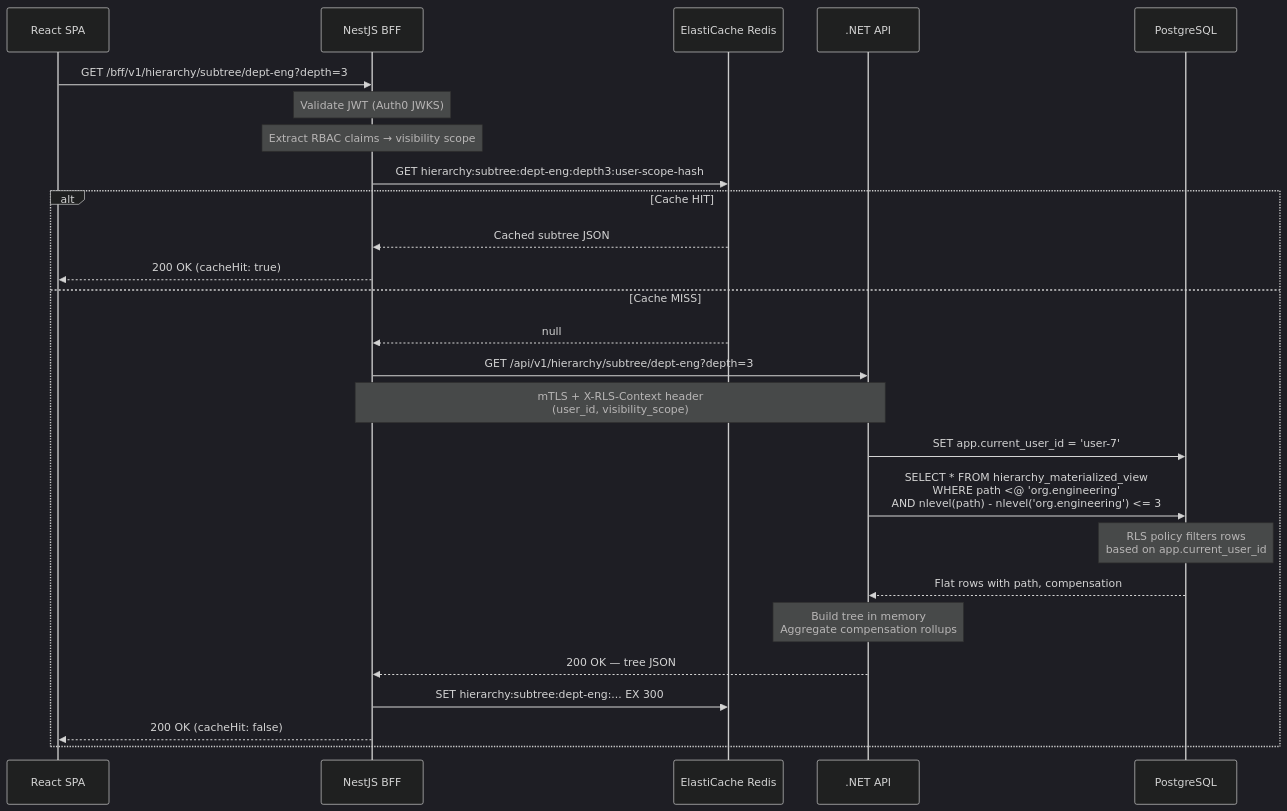
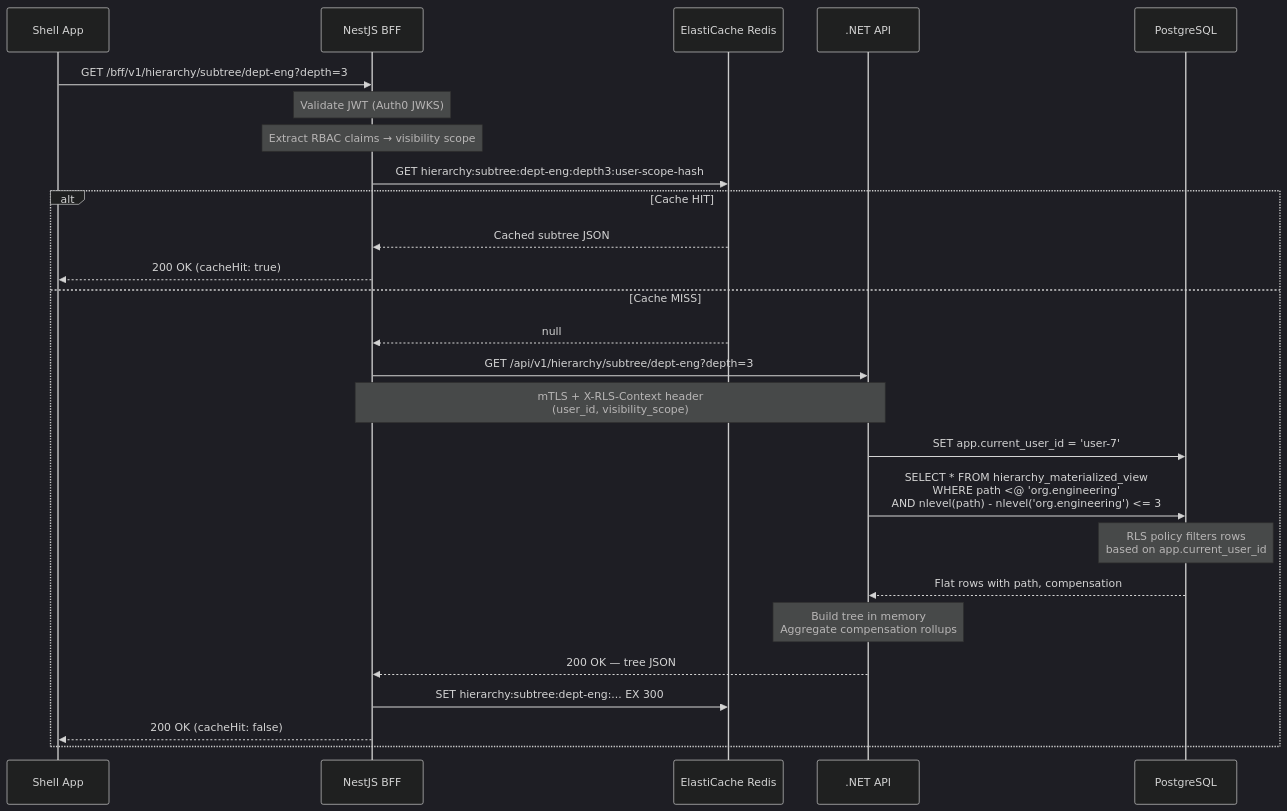
One commit to sukhesh035/employee_budget_allocation changed the eighth of 24 diagrams in docs/superpowers/specs/2026-04-17-employee-budget-allocation-design.md. Above: the diagram before and after it, drawn with Mermaid (dark theme). The commit also changed other lines of this file and 7 other files, not shown here.

First line of the commit message:
Restructure to micro frontend architecture with Module Federation

````diff
--- a/docs/superpowers/specs/2026-04-17-employee-budget-allocation-design.md
+++ b/docs/superpowers/specs/2026-04-17-employee-budget-allocation-design.md
@@ -642,33 +682,33 @@
 ```mermaid
 sequenceDiagram
-    participant SPA as React SPA
+    participant Shell as Shell App
     participant BFF as NestJS BFF
     participant Redis as ElastiCache Redis
     participant API as .NET API
     participant PG as PostgreSQL
 
-    SPA->>BFF: GET /bff/v1/hierarchy/subtree/dept-eng?depth=3
+    Shell->>BFF: GET /bff/v1/hierarchy/subtree/dept-eng?depth=3
     Note over BFF: Validate JWT (Auth0 JWKS)
     Note over BFF: Extract RBAC claims → visibility scope
 
     BFF->>Redis: GET hierarchy:subtree:dept-eng:depth3:user-scope-hash
     alt Cache HIT
         Redis-->>BFF: Cached subtree JSON
-        BFF-->>SPA: 200 OK (cacheHit: true)
+        BFF-->>Shell: 200 OK (cacheHit: true)
     else Cache MISS
         Redis-->>BFF: null
         BFF->>API: GET /api/v1/hierarchy/subtree/dept-eng?depth=3
         Note over BFF,API: mTLS + X-RLS-Context header<br/>(user_id, visibility_scope)
 
         API->>PG: SET app.current_user_id = 'user-7'
         API->>PG: SELECT * FROM hierarchy_materialized_view<br/>WHERE path <@ 'org.engineering'<br/>AND nlevel(path) - nlevel('org.engineering') <= 3
         Note over PG: RLS policy filters rows<br/>based on app.current_user_id
 
         PG-->>API: Flat rows with path, compensation
         Note over API: Build tree in memory<br/>Aggregate compensation rollups
 
         API-->>BFF: 200 OK — tree JSON
         BFF->>Redis: SET hierarchy:subtree:dept-eng:... EX 300
-        BFF-->>SPA: 200 OK (cacheHit: false)
+        BFF-->>Shell: 200 OK (cacheHit: false)
     end
 ```
````
